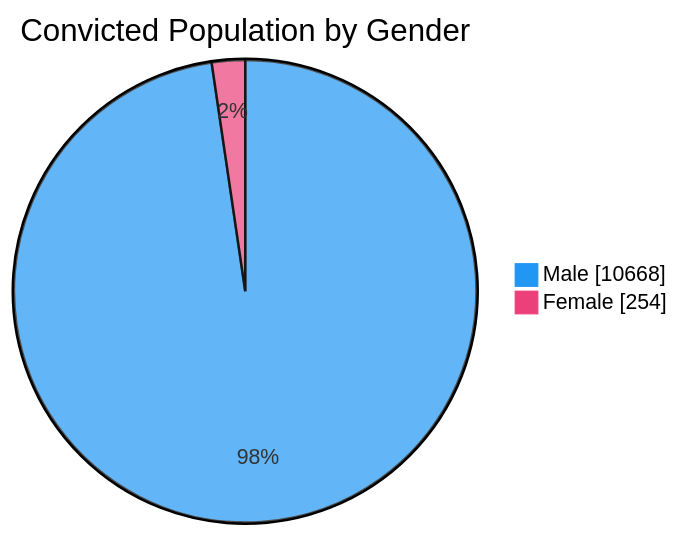
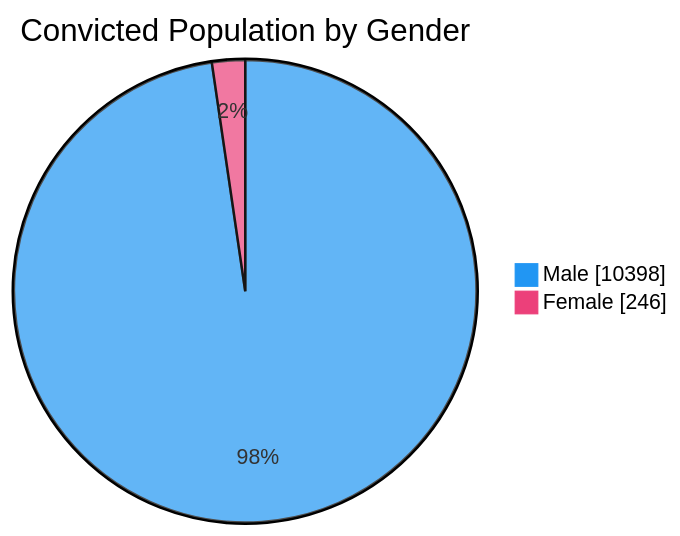
One commit to nuuuwan/lk_prisons changed the third of 7 diagrams in README.md. Above: the diagram before and after it, drawn with Mermaid. The commit also changed other lines of this file and 1 other file, not shown here.

````diff
--- a/README.md
+++ b/README.md
@@ -65,6 +65,6 @@
 ```mermaid
 %%{init: {'themeVariables': {'pie1': '#2196F3', 'pie2': '#EC407A'}}}%%
 pie showData title Convicted Population by Gender
-    "Male" : 10668
-    "Female" : 254
+    "Male" : 10398
+    "Female" : 246
 ```
````
